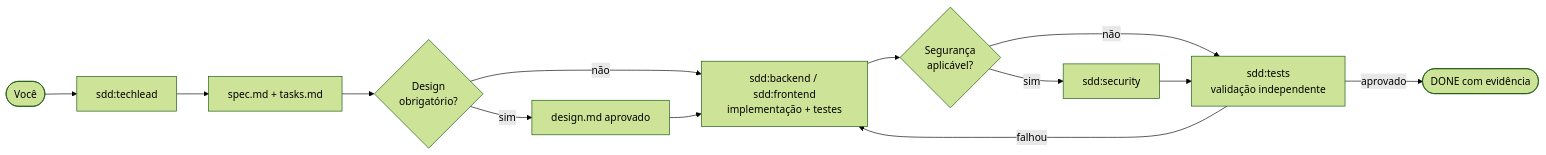
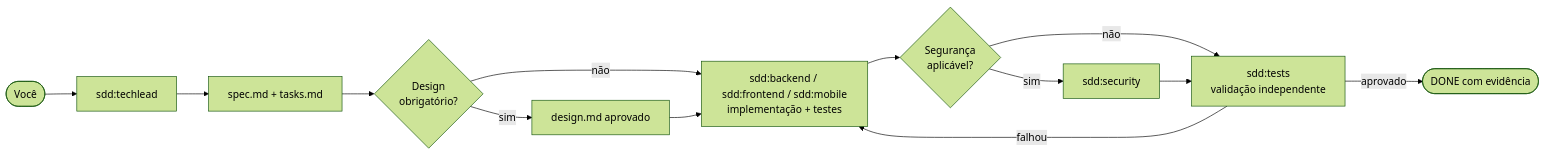
One commit to powerlok/claude-sdd-framework changed the diagram in README.md. Above: the diagram before and after it, drawn with Mermaid (forest theme). The commit also changed other lines of this file and 26 other files, not shown here.

First line of the commit message:
sdd 0.9.0: agente mobile (React Native/Expo) e fluxo Git local com confirmação

````diff
--- a/README.md
+++ b/README.md
@@ -38,15 +38,15 @@
 ```mermaid
 flowchart LR
     U([Você]) --> TL[sdd:techlead]
     TL --> S[spec.md + tasks.md]
     S --> D{Design<br/>obrigatório?}
     D -->|sim| DS[design.md aprovado]
     D -->|não| I
-    DS --> I[sdd:backend / sdd:frontend<br/>implementação + testes]
+    DS --> I[sdd:backend / sdd:frontend / sdd:mobile<br/>implementação + testes]
     I --> SR{Segurança<br/>aplicável?}
     SR -->|sim| SEC[sdd:security]
     SR -->|não| V
     SEC --> V[sdd:tests<br/>validação independente]
     V -->|falhou| I
     V -->|aprovado| DONE([DONE com evidência])
 ```
````
